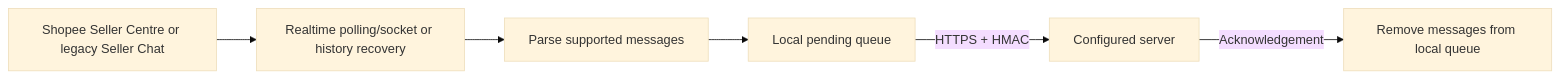
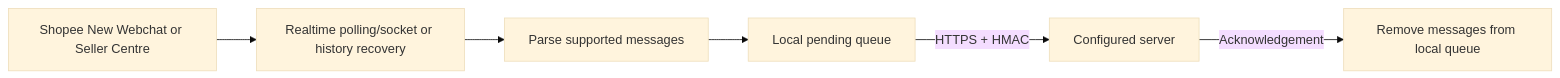
Before and after one commit to kaojai-ai/omnichat-bridge: the diagram in docs/providers/shopee.md, drawn with Mermaid (base theme). The commit also changed other lines of this file and 23 other files, not shown here.

First line of the commit message:
Prefer New Webchat and add durable Shopee routes and video replies (#83)

````diff
--- a/docs/providers/shopee.md
+++ b/docs/providers/shopee.md
@@ -34,8 +34,8 @@
 ```mermaid
 flowchart LR
-    A["Shopee Seller Centre or legacy Seller Chat"] --> B["Realtime polling/socket or history recovery"]
+    A["Shopee New Webchat or Seller Centre"] --> B["Realtime polling/socket or history recovery"]
     B --> C["Parse supported messages"]
     C --> D["Local pending queue"]
     D -->|"HTTPS + HMAC"| E["Configured server"]
     E -->|"Acknowledgement"| F["Remove messages from local queue"]
 ```
````
